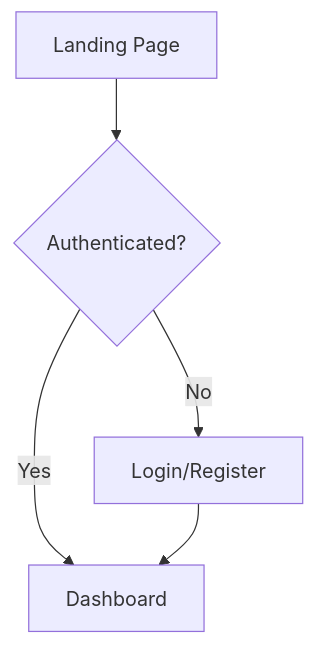
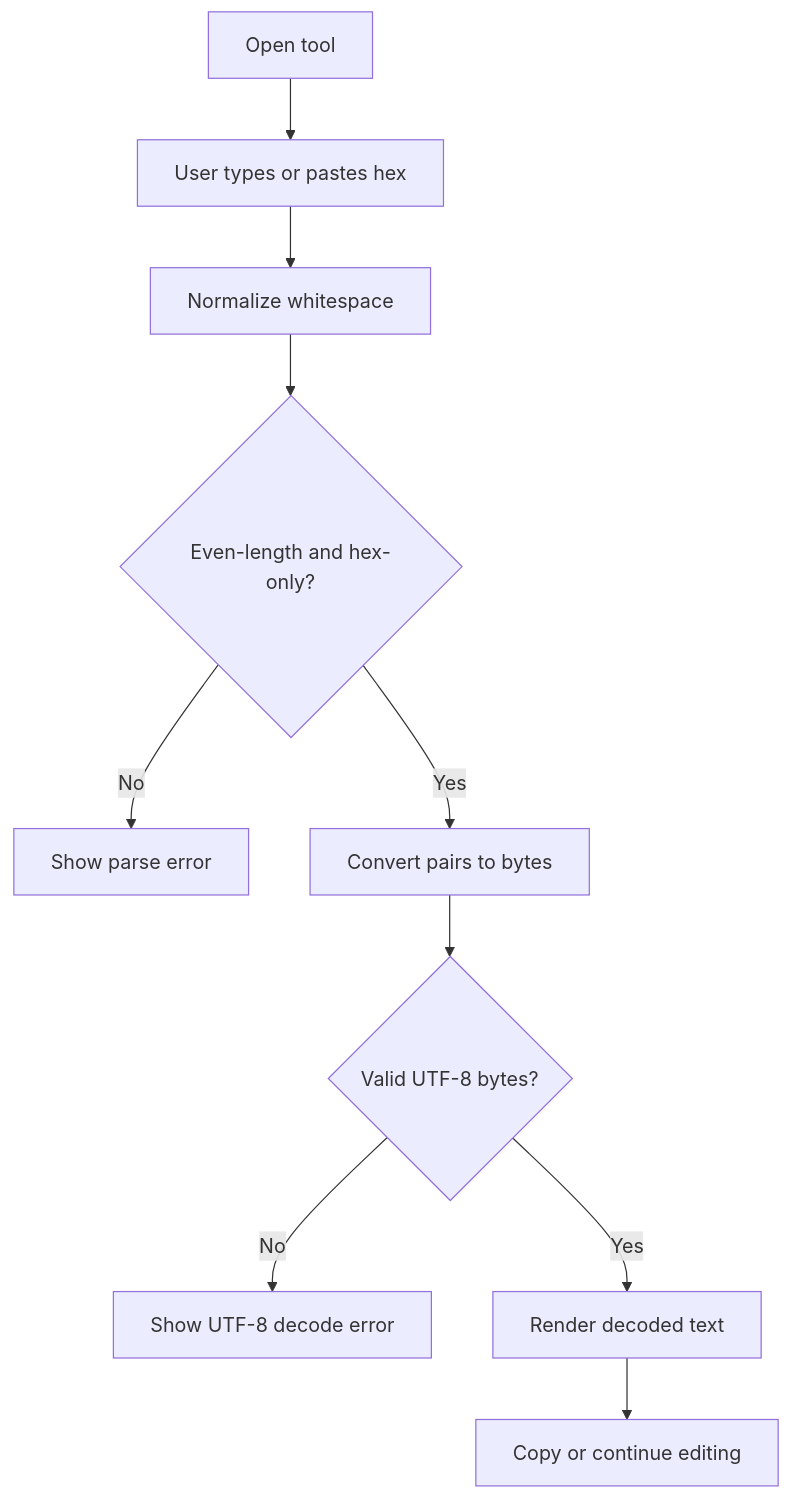
One commit to superiority-claw-agent/hex-text-spark-0606 changed the second of 3 diagrams in docs/ux/ux-spec.md. Above: the diagram before and after it, drawn with Mermaid. The commit also changed other lines of this file and 5 other files, not shown here.

Commit message:
Add planning artifacts for hex-text-spark-0606

````diff
--- a/docs/ux/ux-spec.md
+++ b/docs/ux/ux-spec.md
@@ -7,7 +29,12 @@
 ```mermaid
 flowchart TD
-    A[Landing Page] --> B{Authenticated?}
-    B -->|No| C[Login/Register]
-    B -->|Yes| D[Dashboard]
-    C --> D
+    A[Open tool] --> B[User types or pastes hex]
+    B --> C[Normalize whitespace]
+    C --> D{Even-length and hex-only?}
+    D -->|No| E[Show parse error]
+    D -->|Yes| F[Convert pairs to bytes]
+    F --> G{Valid UTF-8 bytes?}
+    G -->|No| H[Show UTF-8 decode error]
+    G -->|Yes| I[Render decoded text]
+    I --> J[Copy or continue editing]
 ```
````
